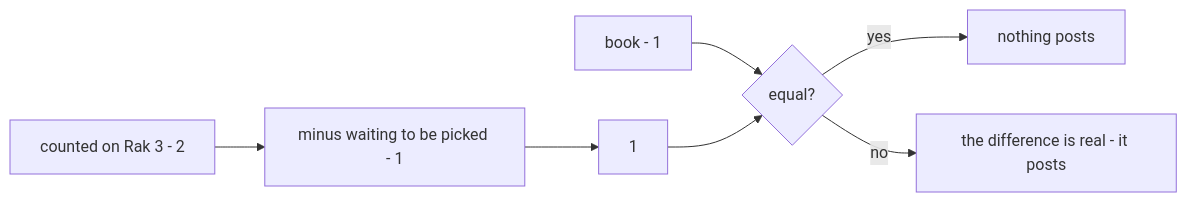
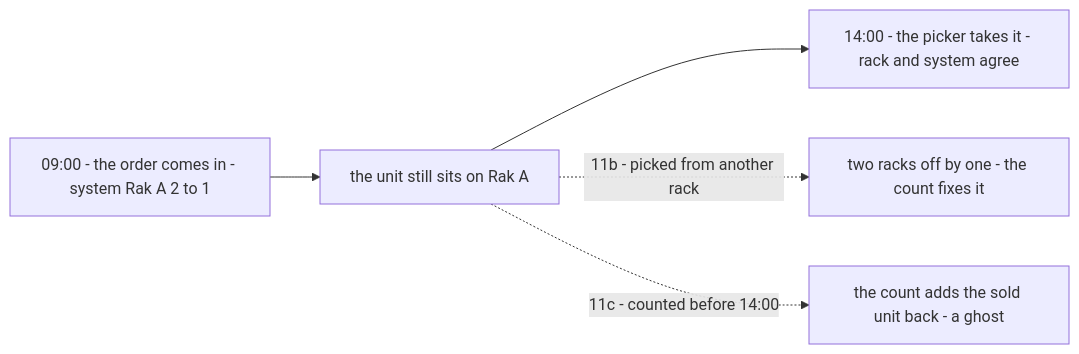
One commit to pdcgo/warehouse_revamp changed the second of 9 diagrams in docs/business/inventory/context_clarify.md. Above: the diagram before and after it, drawn with Mermaid. The commit also changed other lines of this file and 10 other files, not shown here.

````diff
--- a/docs/business/inventory/context_clarify.md
+++ b/docs/business/inventory/context_clarify.md
@@ -181,9 +151,7 @@
 ```mermaid
 flowchart LR
-  C["counted on Rak 3 - 2"] --> S["minus waiting to be picked - 1"]
-  S --> V["1"]
-  B["book - 1"] --> Q{"equal?"}
-  V --> Q
-  Q -->|"yes"| N["nothing posts"]
-  Q -->|"no"| D["the difference is real - it posts"]
+  O["09:00 - the order comes in - system Rak A 2 to 1"] --> W["the unit still sits on Rak A"]
+  W --> P["14:00 - the picker takes it - rack and system agree"]
+  W -.->|"11b - picked from another rack"| B["two racks off by one - the count fixes it"]
+  W -.->|"11c - counted before 14:00"| C["the count adds the sold unit back - a ghost"]
 ```
````
